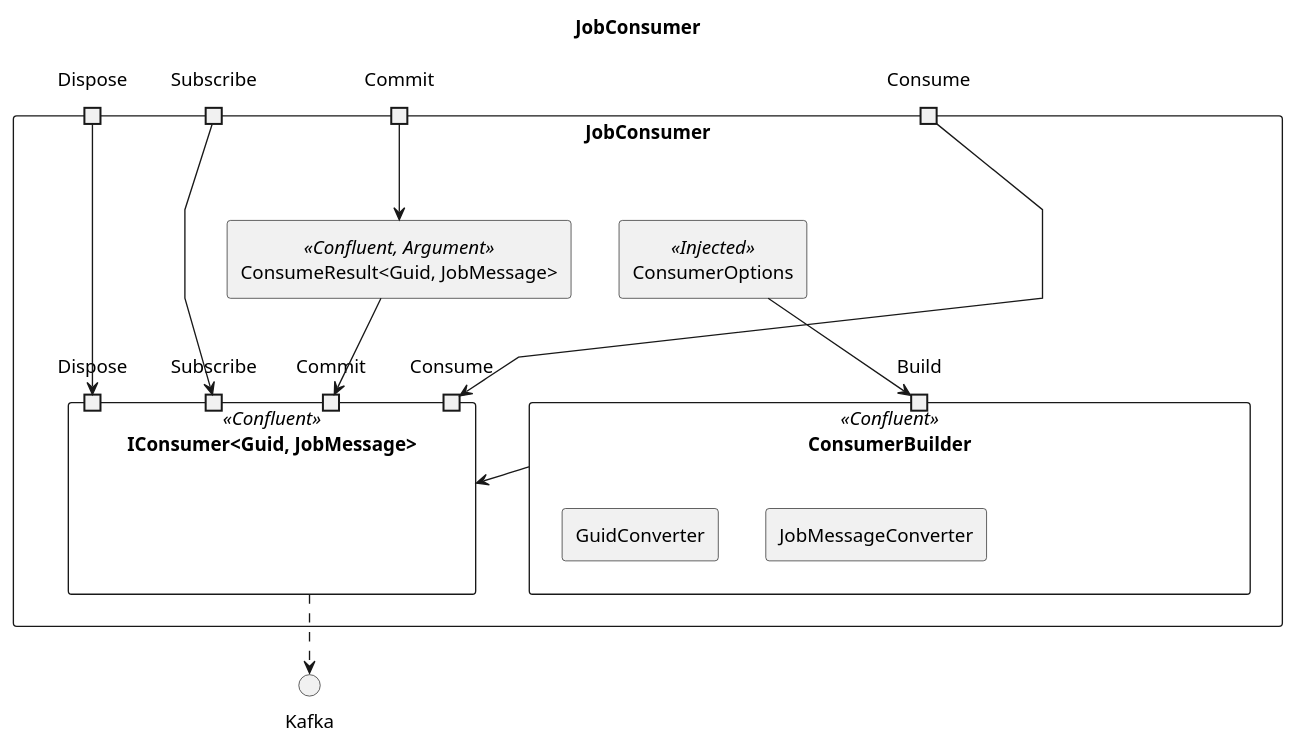
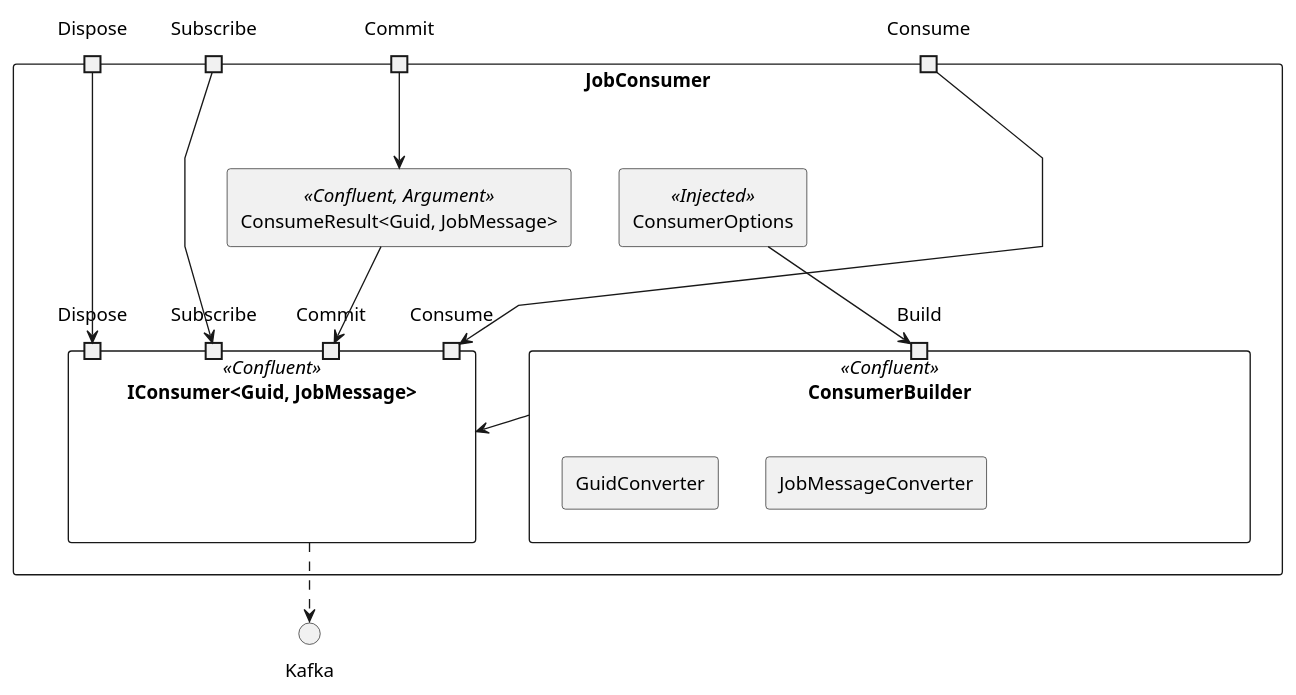
One commit to mrypdm/JobSystem changed the first of 2 diagrams in docs/diagrams/structure/Job.Broker.puml. Above: the diagram before and after it, drawn with PlantUML. The commit also changed other lines of this file and 8 other files, not shown here.

```diff
--- a/docs/diagrams/structure/Job.Broker.puml
+++ b/docs/diagrams/structure/Job.Broker.puml
@@ -1,43 +1,41 @@
 @startuml JobConsumer
 skinparam componentStyle rectangle
 skinparam linetype polyline
-
-title JobConsumer
 
 () Kafka
 
 component JobConsumer {
     [ConsumerOptions] << Injected >>
     [ConsumeResult<Guid, JobMessage>] << Confluent, Argument >> as consumerResultIn
 
     component "IConsumer<Guid, JobMessage>" << Confluent >> as consumer {
         portin Dispose as consumer_Dispose
         portin Subscribe as consumer_Subscribe
         portin Consume as consumer_Consume
         portin Commit as consumer_Commit
     }
     consumer ..> Kafka
 
     component ConsumerBuilder << Confluent >> {
         portin Build as builder_Build
         [JobMessageConverter]
         [GuidConverter]
     }
     ConsumerOptions --> builder_Build
     consumer <- ConsumerBuilder
 
     portin Dispose
     Dispose --> consumer_Dispose
 
     portin Subscribe
     Subscribe --> consumer_Subscribe
 
     portin Commit
     Commit --> consumerResultIn
     consumerResultIn --> consumer_Commit
 
     portin Consume
     Consume --> consumer_Consume
 }
 
 @enduml
```
